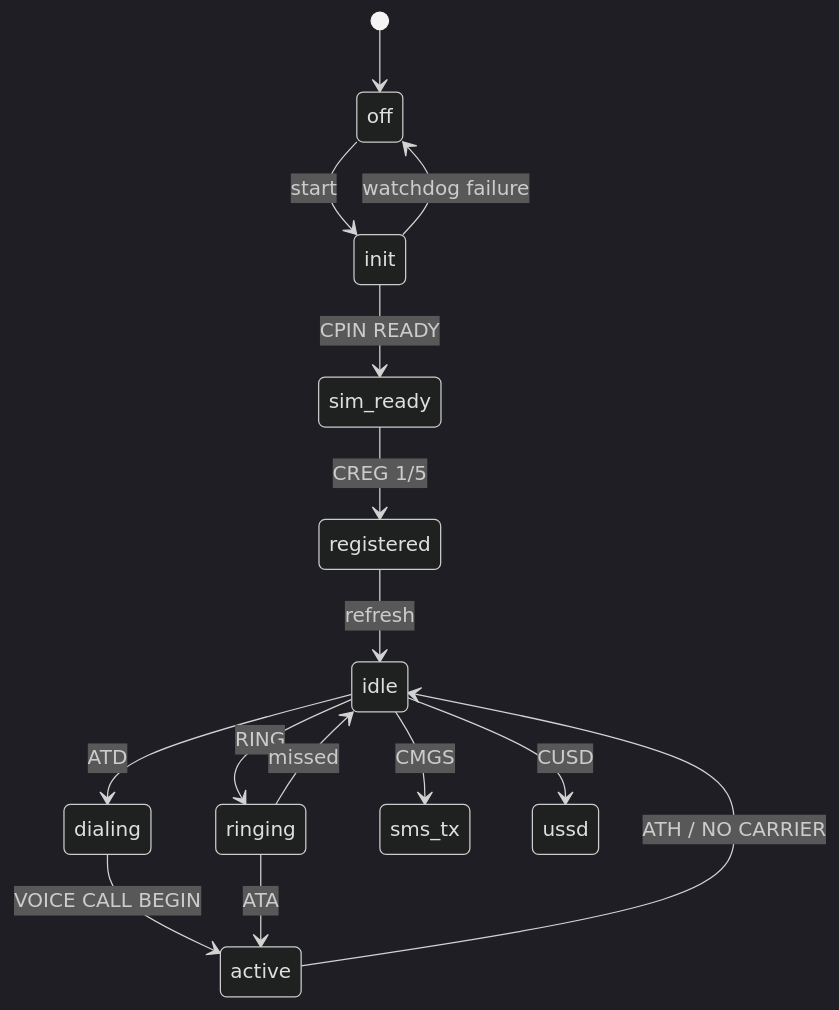
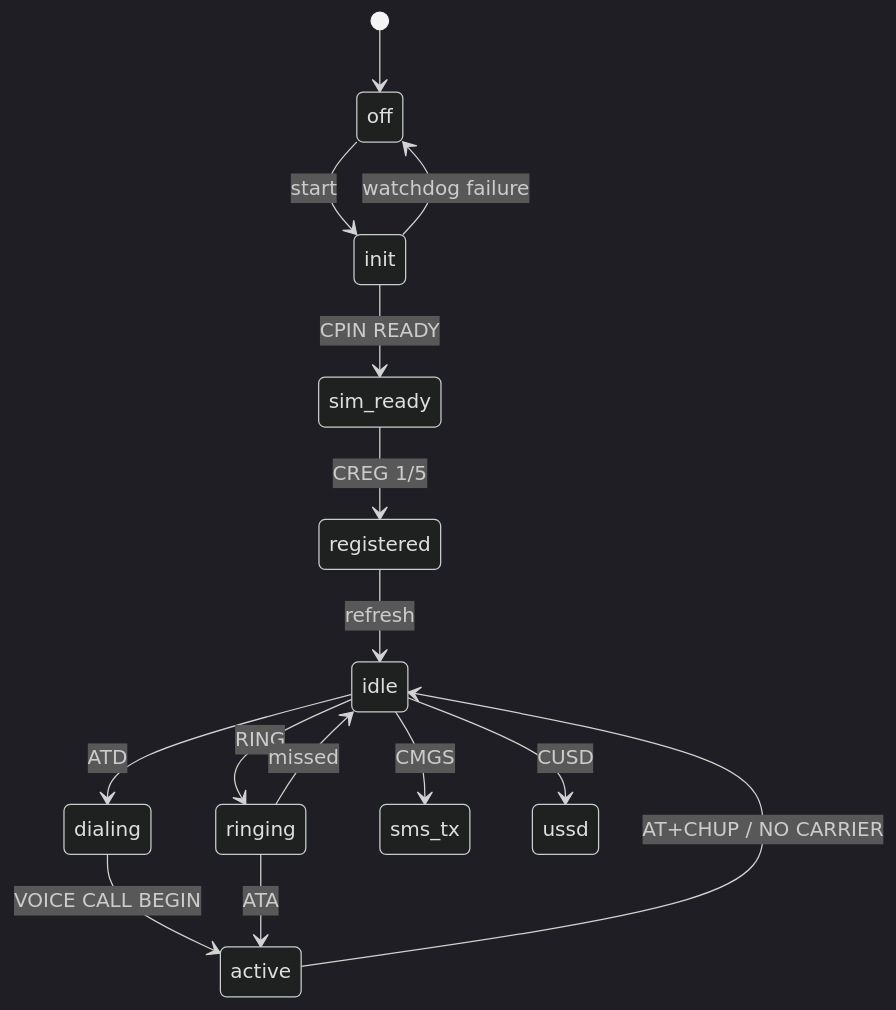
The fourth of 4 diagrams in docs/ARCHITECTURE.md (ruslan200065/AthenaAssistantGSMHA), drawn with Mermaid (dark theme) before and after one commit. The commit also changed 12 other files, not shown here.

````diff
--- a/docs/ARCHITECTURE.md
+++ b/docs/ARCHITECTURE.md
@@ -109,17 +109,17 @@
 ```mermaid
 stateDiagram-v2
   [*] --> off
   off --> init: start
   init --> sim_ready: CPIN READY
   sim_ready --> registered: CREG 1/5
   registered --> idle: refresh
   idle --> dialing: ATD
   dialing --> active: VOICE CALL BEGIN
   idle --> ringing: RING
   ringing --> active: ATA
-  active --> idle: ATH / NO CARRIER
+  active --> idle: AT+CHUP / NO CARRIER
   ringing --> idle: missed
   idle --> sms_tx: CMGS
   idle --> ussd: CUSD
   init --> off: watchdog failure
 ```
````
